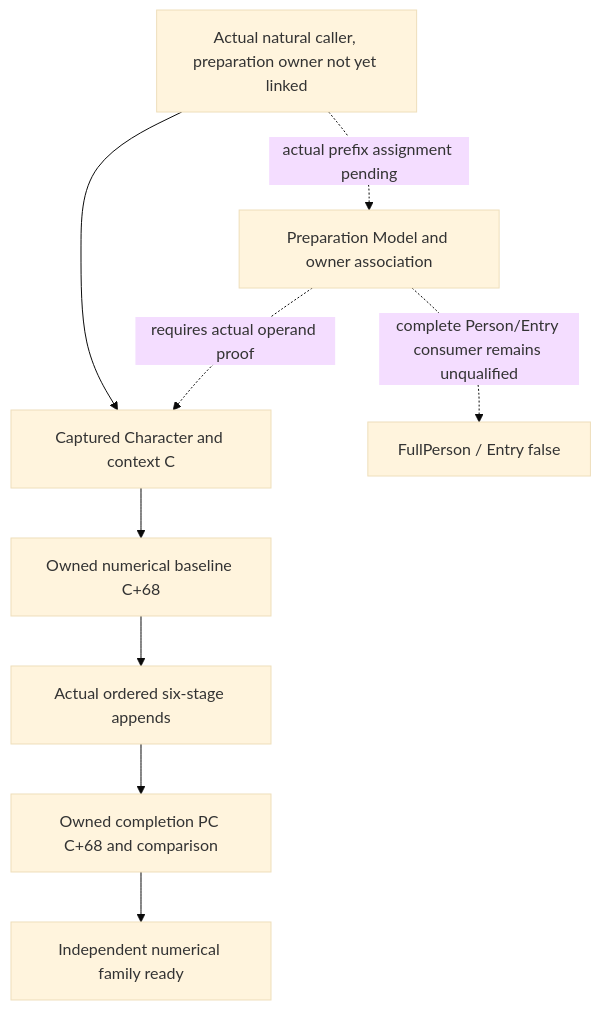
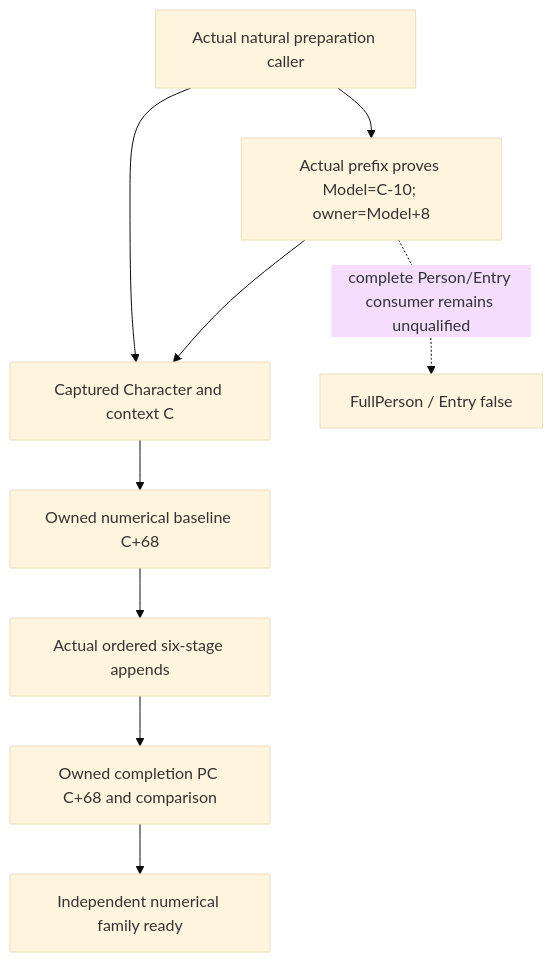
The diagram in docs/ck3-native-ai/battle-person-preparation-model-association-12004.md (XenoAmess/ck3_eternal_recurrence), drawn with Mermaid (base theme) before and after one commit. The commit also changed other lines of this file and 7 other files, not shown here.

Commit message:
Observe historical Person preparation Model ownership

````diff
--- a/docs/ck3-native-ai/battle-person-preparation-model-association-12004.md
+++ b/docs/ck3-native-ai/battle-person-preparation-model-association-12004.md
@@ -17,11 +17,11 @@
 ```mermaid
 flowchart TD
- A[Actual natural caller, preparation owner not yet linked] --> B[Captured Character and context C]
+ A[Actual natural preparation caller] --> B[Captured Character and context C]
  B --> C[Owned numerical baseline C+68]
  C --> D[Actual ordered six-stage appends]
  D --> E[Owned completion PC C+68 and comparison]
- A -. actual prefix assignment pending .-> M[Preparation Model and owner association]
- M -. requires actual operand proof .-> B
+ A --> M[Actual prefix proves Model=C-10; owner=Model+8]
+ M --> B
  E --> V[Independent numerical family ready]
  M -. complete Person/Entry consumer remains unqualified .-> F[FullPerson / Entry false]
 ```
````
